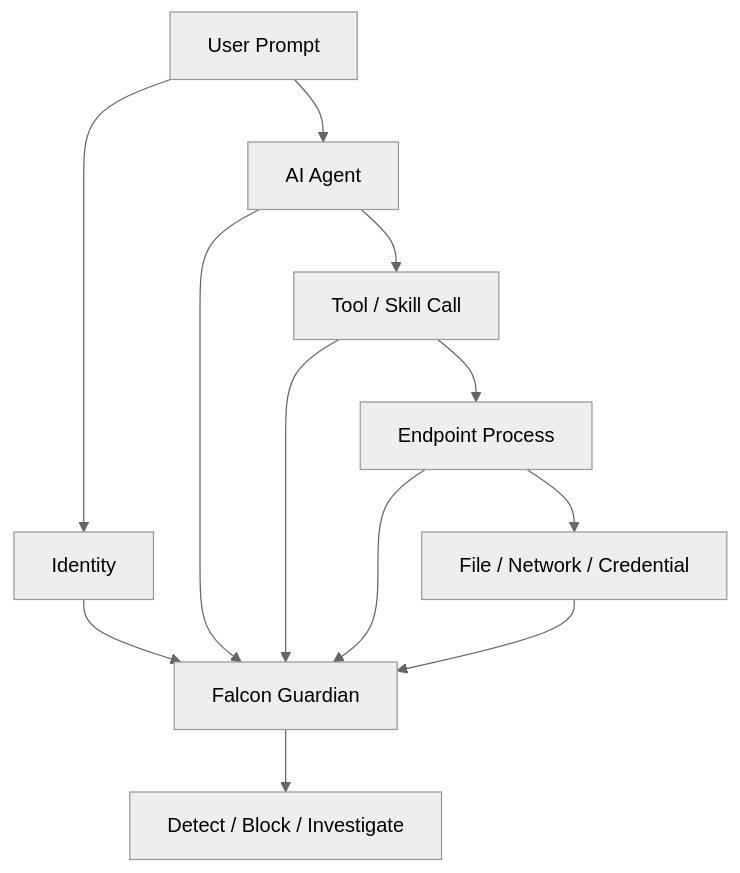
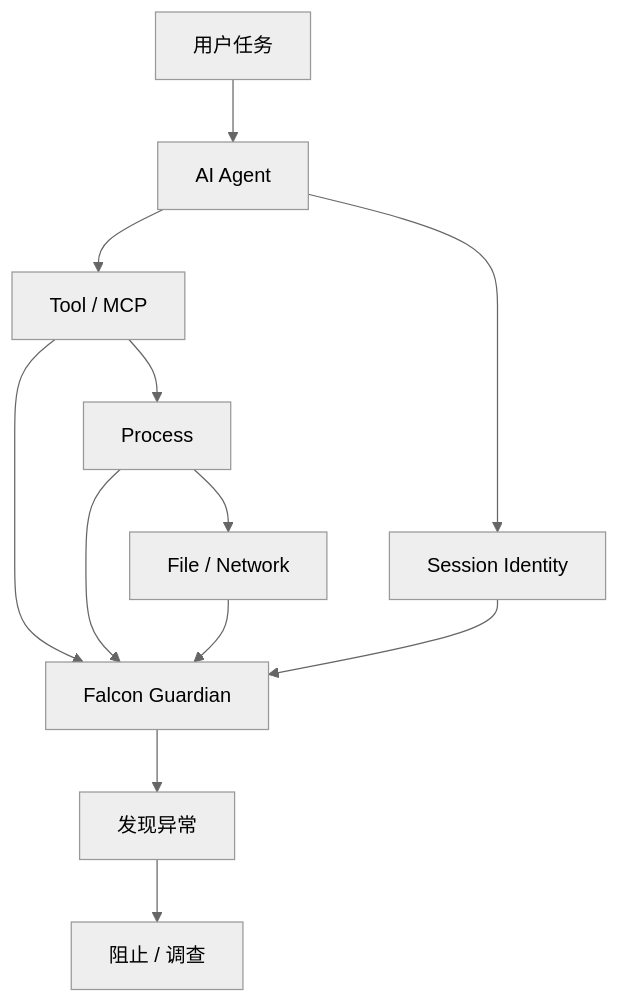
One commit to wlf186/ai-daily-headlines changed the ninth of 24 diagrams in 260902.md. Above: the diagram before and after it, drawn with Mermaid (neutral theme). The commit also changed other lines of this file, not shown here.

````diff
--- a/260902.md
+++ b/260902.md
@@ -472,14 +510,14 @@
 ```mermaid
 flowchart TD
-    FG1[User Prompt] --> FG2[AI Agent]
-    FG2 --> FG3[Tool / Skill Call]
-    FG3 --> FG4[Endpoint Process]
-    FG4 --> FG5[File / Network / Credential]
-    FG1 --> FG6[Identity]
-    FG6 --> FG7[Falcon Guardian]
-    FG2 --> FG7
-    FG3 --> FG7
-    FG4 --> FG7
-    FG5 --> FG7
-    FG7 --> FG8[Detect / Block / Investigate]
+    CG1[用户任务] --> CG2[AI Agent]
+    CG2 --> CG3[Tool / MCP]
+    CG3 --> CG4[Process]
+    CG4 --> CG5[File / Network]
+    CG2 --> CG6[Session Identity]
+    CG3 --> CG7[Falcon Guardian]
+    CG4 --> CG7
+    CG5 --> CG7
+    CG6 --> CG7
+    CG7 --> CG8[发现异常]
+    CG8 --> CG9[阻止 / 调查]
 ```
````
